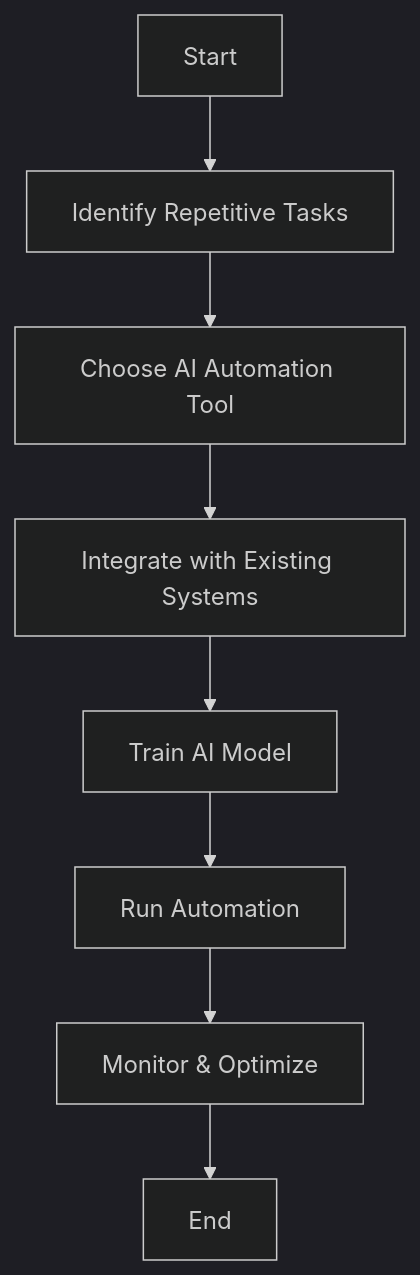
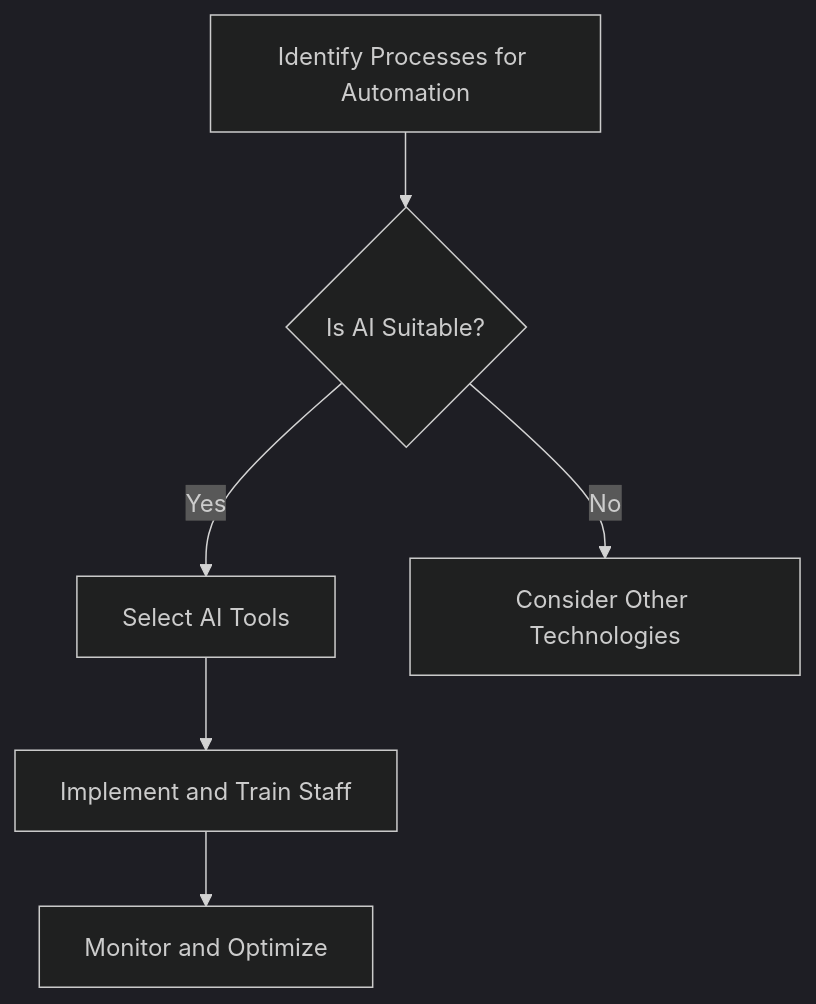
One commit to ai-tools-lab/ai-tools-lab.github.io changed the diagram in content/posts/how-ai-automation-is-transforming-business-operations.md. Above: the diagram before and after it, drawn with Mermaid (dark theme). The commit also changed other lines of this file and 19 other files, not shown here.

````diff
--- a/content/posts/how-ai-automation-is-transforming-business-operations.md
+++ b/content/posts/how-ai-automation-is-transforming-business-operations.md
@@ -30,10 +113,8 @@
 ```mermaid
 graph TD;
-    A[Start] --> B[Identify Repetitive Tasks]
-    B --> C[Choose AI Automation Tool]
-    C --> D[Integrate with Existing Systems]
-    D --> E[Train AI Model]
-    E --> F[Run Automation]
-    F --> G[Monitor & Optimize]
-    G --> H[End]
+    A[Identify Processes for Automation] --> B{Is AI Suitable?};
+    B -- Yes --> C[Select AI Tools];
+    B -- No --> D[Consider Other Technologies];
+    C --> E[Implement and Train Staff];
+    E --> F[Monitor and Optimize];
 ```
````
